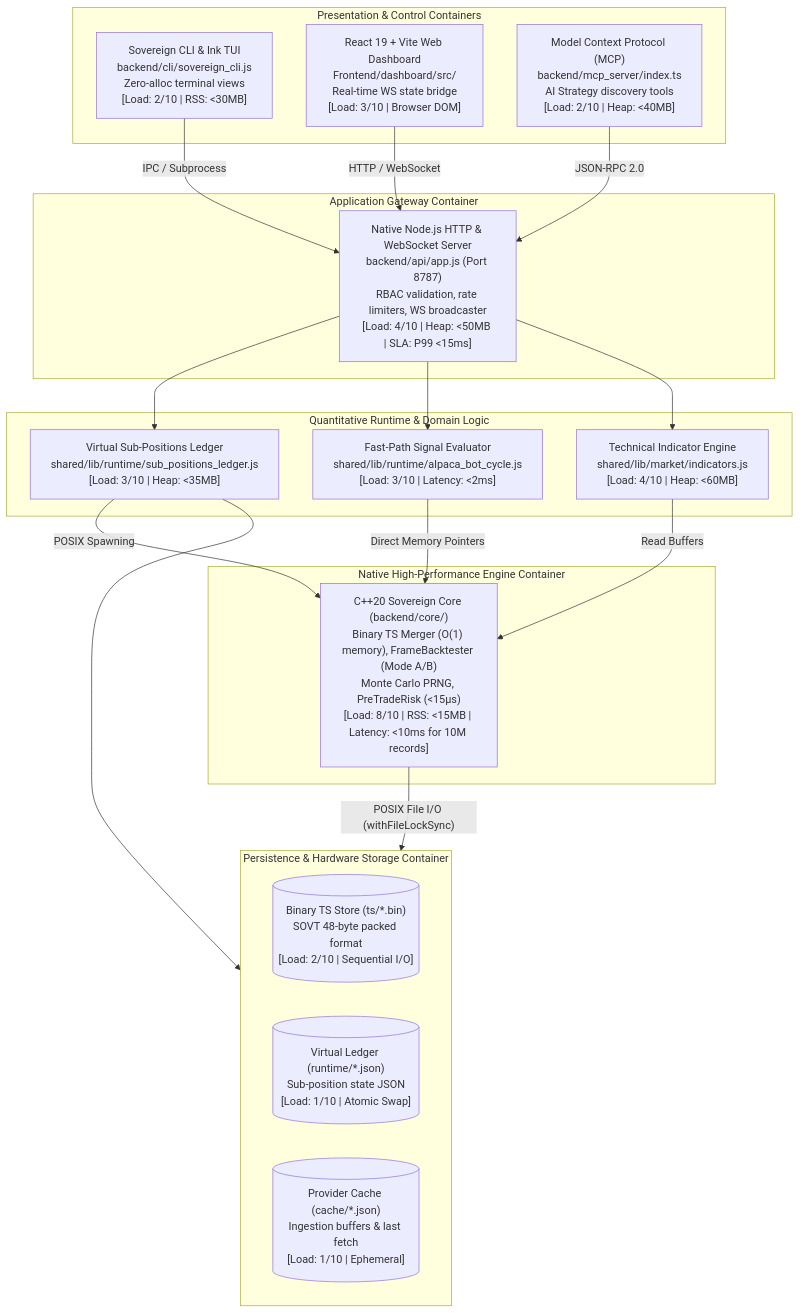
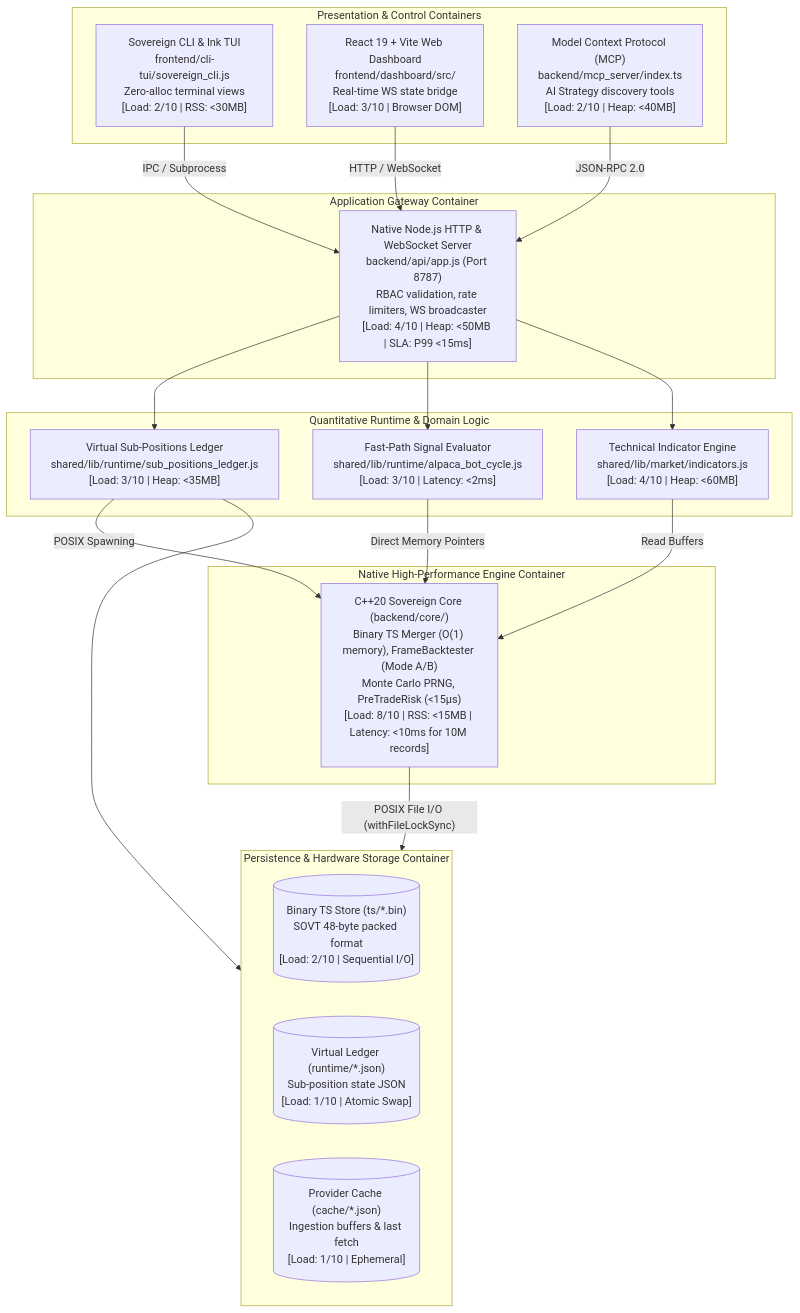
The second of 3 diagrams in docs/engineering/architecture/01_ARCHITECTURE_AND_CODEBASE.md (vgbn2/personal_finance_draft), drawn with Mermaid before and after one commit. The commit also changed other lines of this file and 178 other files, not shown here.

````diff
--- a/docs/engineering/architecture/01_ARCHITECTURE_AND_CODEBASE.md
+++ b/docs/engineering/architecture/01_ARCHITECTURE_AND_CODEBASE.md
@@ -50,43 +50,43 @@
 ```mermaid
 flowchart TD
     subgraph Presentation["Presentation & Control Containers"]
-        CLI["Sovereign CLI & Ink TUI<br/>backend/cli/sovereign_cli.js<br/>Zero-alloc terminal views<br/>[Load: 2/10 | RSS: <30MB]"]
-        DASH["React 19 + Vite Web Dashboard<br/>Frontend/dashboard/src/<br/>Real-time WS state bridge<br/>[Load: 3/10 | Browser DOM]"]
+        CLI["Sovereign CLI & Ink TUI<br/>frontend/cli-tui/sovereign_cli.js<br/>Zero-alloc terminal views<br/>[Load: 2/10 | RSS: <30MB]"]
+        DASH["React 19 + Vite Web Dashboard<br/>frontend/dashboard/src/<br/>Real-time WS state bridge<br/>[Load: 3/10 | Browser DOM]"]
         MCP["Model Context Protocol (MCP)<br/>backend/mcp_server/index.ts<br/>AI Strategy discovery tools<br/>[Load: 2/10 | Heap: <40MB]"]
     end
 
     subgraph Gateway["Application Gateway Container"]
         API["Native Node.js HTTP & WebSocket Server<br/>backend/api/app.js (Port 8787)<br/>RBAC validation, rate limiters, WS broadcaster<br/>[Load: 4/10 | Heap: <50MB | SLA: P99 <15ms]"]
     end
 
     subgraph Runtime["Quantitative Runtime & Domain Logic"]
         SUB["Virtual Sub-Positions Ledger<br/>shared/lib/runtime/sub_positions_ledger.js<br/>[Load: 3/10 | Heap: <35MB]"]
         SIGNAL["Fast-Path Signal Evaluator<br/>shared/lib/runtime/alpaca_bot_cycle.js<br/>[Load: 3/10 | Latency: <2ms]"]
         IND["Technical Indicator Engine<br/>shared/lib/market/indicators.js<br/>[Load: 4/10 | Heap: <60MB]"]
     end
 
     subgraph NativeCore["Native High-Performance Engine Container"]
         CPP["C++20 Sovereign Core (backend/core/)<br/>Binary TS Merger (O(1) memory), FrameBacktester (Mode A/B)<br/>Monte Carlo PRNG, PreTradeRisk (<15µs)<br/>[Load: 8/10 | RSS: <15MB | Latency: <10ms for 10M records]"]
     end
 
     subgraph Persistence["Persistence & Hardware Storage Container"]
         BIN[("Binary TS Store (ts/*.bin)<br/>SOVT 48-byte packed format<br/>[Load: 2/10 | Sequential I/O]")]
         VIRTUAL_STATE[("Virtual Ledger (runtime/*.json)<br/>Sub-position state JSON<br/>[Load: 1/10 | Atomic Swap]")]
         CACHE[("Provider Cache (cache/*.json)<br/>Ingestion buffers & last fetch<br/>[Load: 1/10 | Ephemeral]")]
     end
 
     CLI -->|IPC / Subprocess| API
     DASH -->|HTTP / WebSocket| API
     MCP -->|JSON-RPC 2.0| API
 
     API --> SUB
     API --> SIGNAL
     API --> IND
 
     SUB -->|POSIX Spawning| CPP
     SIGNAL -->|Direct Memory Pointers| CPP
     IND -->|Read Buffers| CPP
 
     CPP -->|"POSIX File I/O (withFileLockSync)"| Persistence
     SUB --> Persistence
 ```
````
